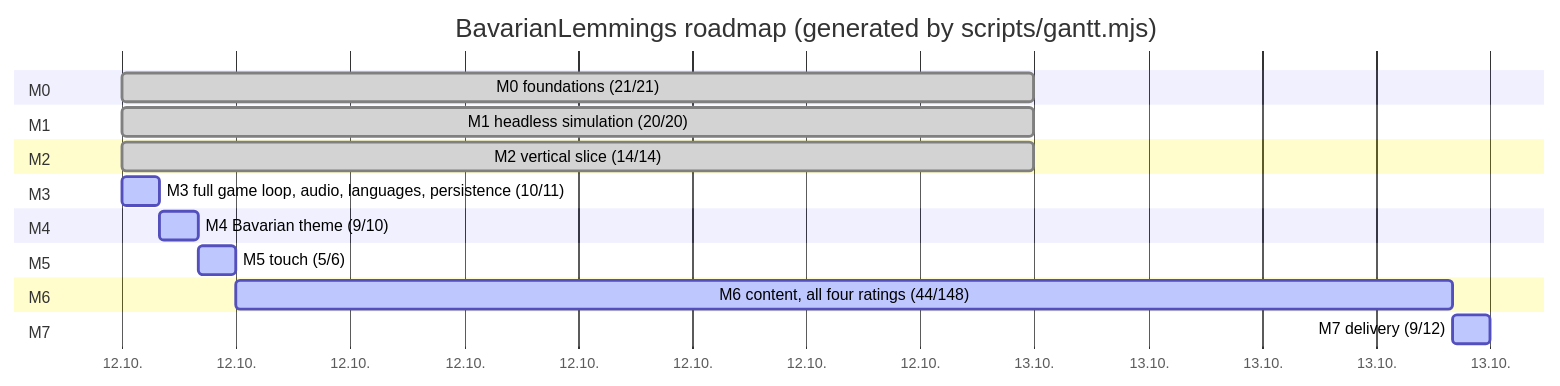
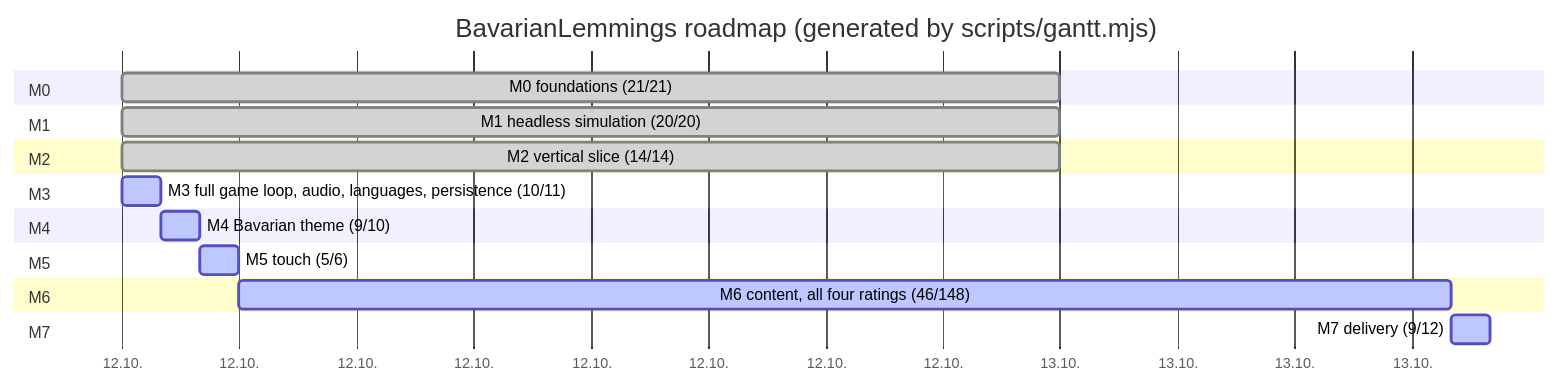
The diagram in plan.md (marcelpetrick/BavarianLemmings), drawn with Mermaid before and after one commit. The commit also changed other lines of this file and 6 other files, not shown here.

````diff
--- a/plan.md
+++ b/plan.md
@@ -43,22 +43,22 @@
 ```mermaid
 gantt
     title BavarianLemmings roadmap (generated by scripts/gantt.mjs)
     dateFormat  YYYY-MM-DD
     axisFormat  %d.%m.
     section M0
     M0 foundations (21/21) :done, m0, 2026-10-12, 1d
     section M1
     M1 headless simulation (20/20) :done, m1, 2026-10-12, 1d
     section M2
     M2 vertical slice (14/14) :done, m2, 2026-10-12, 1d
     section M3
     M3 full game loop, audio, languages, persistence (10/11) :active, m3, 2026-10-12, 1h
     section M4
     M4 Bavarian theme (9/10) :active, m4, after m3, 1h
     section M5
     M5 touch (5/6) :active, m5, after m4, 1h
     section M6
-    M6 content, all four ratings (44/148) :active, m6, after m5, 32h
+    M6 content, all four ratings (46/148) :active, m6, after m5, 31h
     section M7
     M7 delivery (9/12) :active, m7, after m6, 1h
 ```
````
